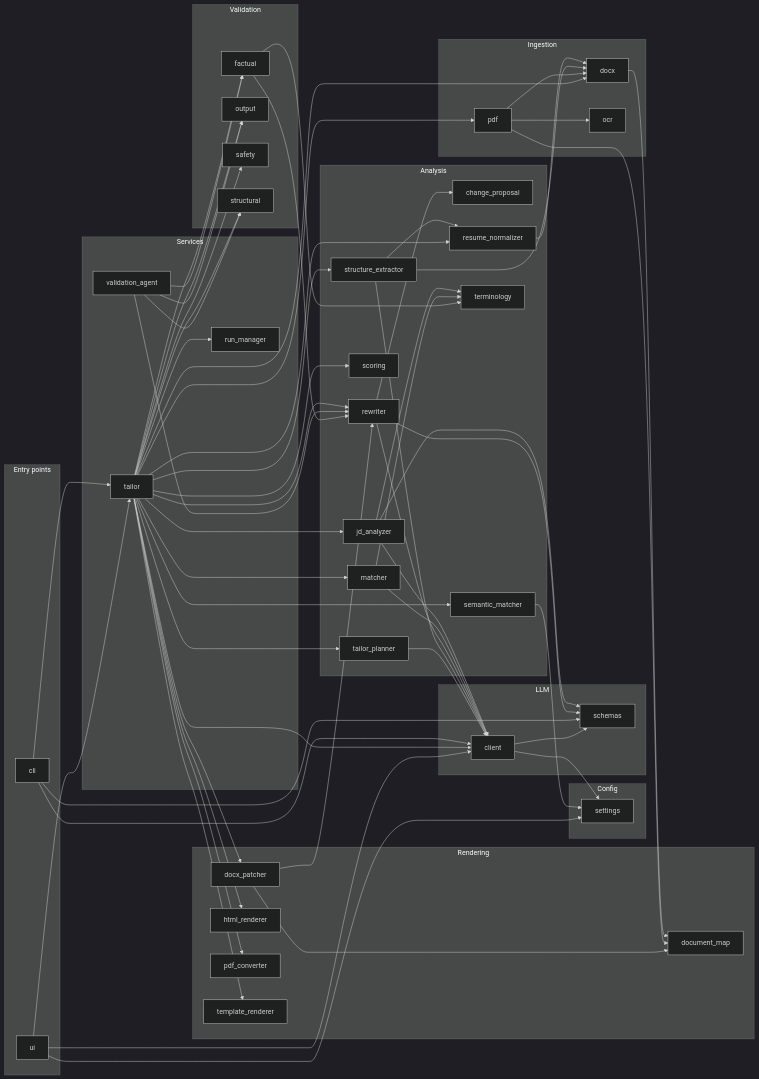
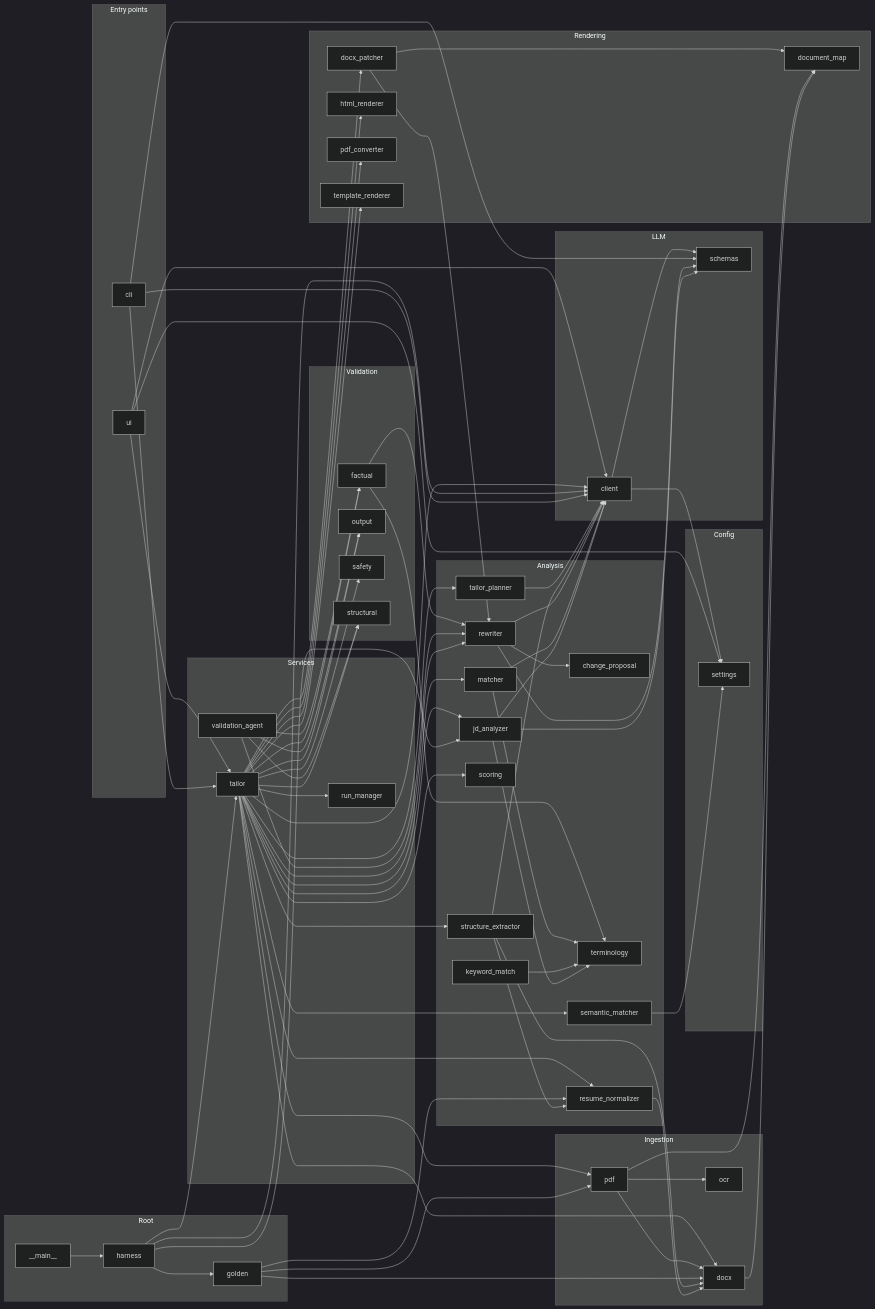
Before and after one commit to alwayss-snape/Resume-optimizer: the diagram in docs/KNOWLEDGE_GRAPH.md, drawn with Mermaid (dark theme). The commit also changed other lines of this file and 12 other files, not shown here.

```diff
--- a/docs/KNOWLEDGE_GRAPH.md
+++ b/docs/KNOWLEDGE_GRAPH.md
@@ -654,6 +738,7 @@
   subgraph Analysis[Analysis]
     analysis_change_proposal[change_proposal]
     analysis_jd_analyzer[jd_analyzer]
+    analysis_keyword_match[keyword_match]
     analysis_matcher[matcher]
     analysis_resume_normalizer[resume_normalizer]
     analysis_rewriter[rewriter]
@@ -686,6 +771,11 @@
     rendering_pdf_converter[pdf_converter]
     rendering_template_renderer[template_renderer]
   end
+  subgraph Root[Root]
+    eval___main__[__main__]
+    eval_golden[golden]
+    eval_harness[harness]
+  end
   subgraph Services[Services]
     services_run_manager[run_manager]
     services_tailor[tailor]
@@ -700,6 +790,7 @@
   analysis_jd_analyzer --> analysis_terminology
   analysis_jd_analyzer --> llm_client
   analysis_jd_analyzer --> llm_schemas
+  analysis_keyword_match --> analysis_terminology
   analysis_matcher --> analysis_terminology
   analysis_matcher --> llm_client
   analysis_resume_normalizer --> ingestion_docx
@@ -714,6 +805,14 @@
   cli --> llm_client
   cli --> llm_schemas
   cli --> services_tailor
+  eval___main__ --> eval_harness
+  eval_golden --> analysis_resume_normalizer
+  eval_golden --> ingestion_docx
+  eval_golden --> ingestion_pdf
+  eval_harness --> analysis_jd_analyzer
+  eval_harness --> eval_golden
+  eval_harness --> llm_client
+  eval_harness --> services_tailor
   ingestion_docx --> rendering_document_map
   ingestion_pdf --> ingestion_docx
   ingestion_pdf --> ingestion_ocr
```
